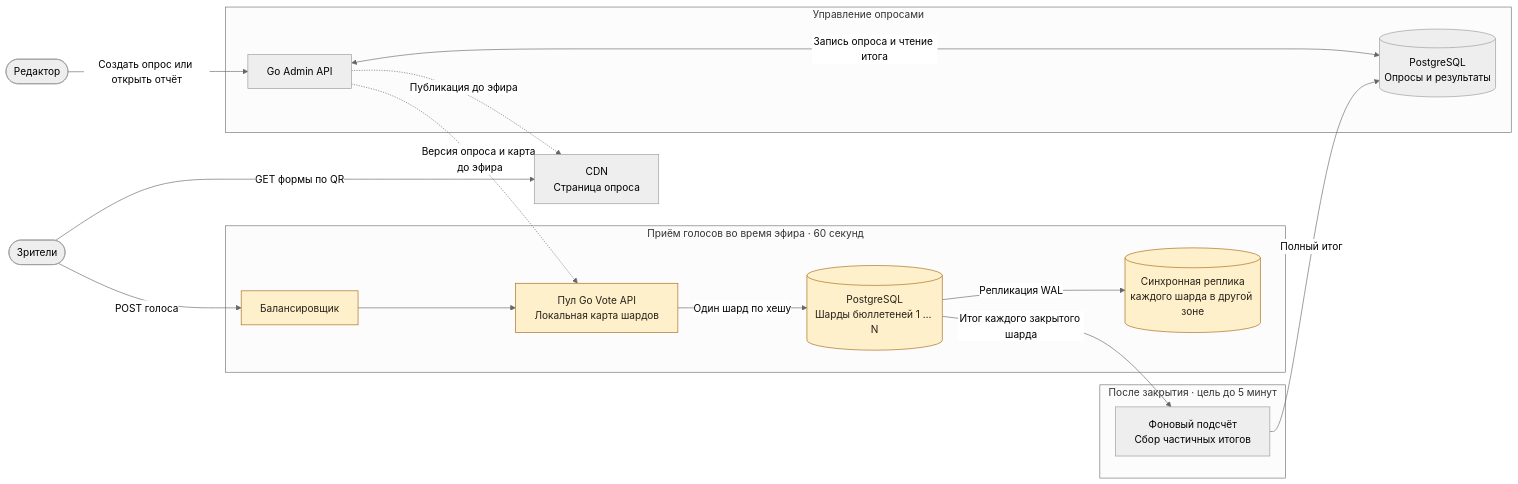
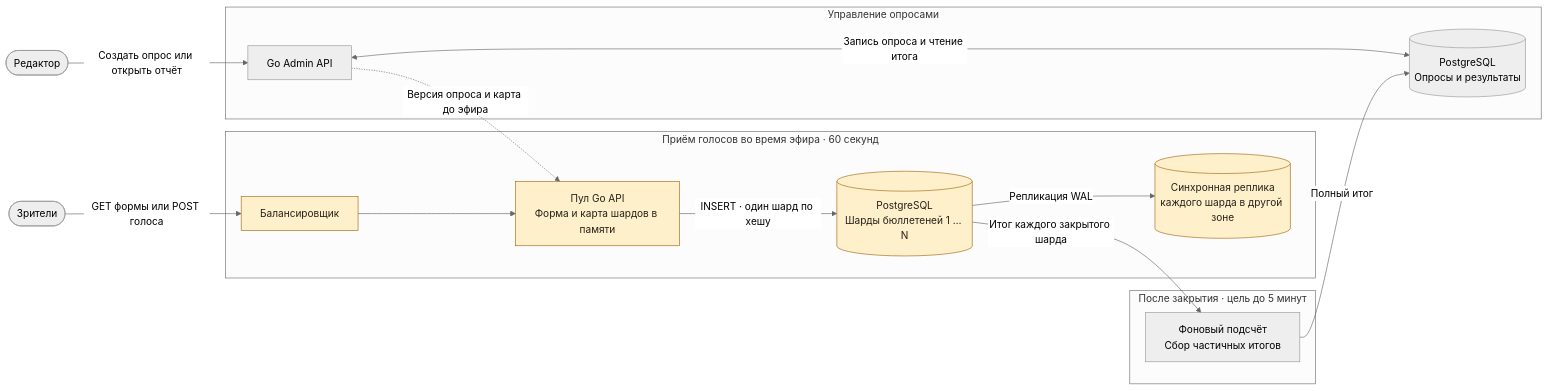
The diagram in DESIGN.md (rococo4/televote), drawn with Mermaid (neutral theme) before and after one commit. The commit also changed other lines of this file and 3 other files, not shown here.

````diff
--- a/DESIGN.md
+++ b/DESIGN.md
@@ -40,37 +40,34 @@
 ```mermaid
 flowchart LR
     viewer(["Зрители"])
     editor(["Редактор"])
-    cdn["CDN<br/>Страница опроса"]
 
     subgraph live["Приём голосов во время эфира · 60 секунд"]
         lb["Балансировщик"]
-        api["Пул Go Vote API<br/>Локальная карта шардов"]
+        api["Пул Go API<br/>Форма и карта шардов в памяти"]
         ballots[("PostgreSQL<br/>Шарды бюллетеней 1 … N")]
         replicas[("Синхронная реплика<br/>каждого шарда в другой зоне")]
         lb --> api
-        api -->|"Один шард по хешу"| ballots
+        api -->|"INSERT · один шард по хешу"| ballots
         ballots -->|"Репликация WAL"| replicas
     end
 
     subgraph count["После закрытия · цель до 5 минут"]
         tally["Фоновый подсчёт<br/>Сбор частичных итогов"]
     end
 
     subgraph management["Управление опросами"]
         admin["Go Admin API"]
         results[("PostgreSQL<br/>Опросы и результаты")]
         admin <-->|"Запись опроса и чтение итога"| results
     end
 
-    viewer -->|"GET формы по QR"| cdn
-    viewer -->|"POST голоса"| lb
+    viewer -->|"GET формы или POST голоса"| lb
     editor -->|"Создать опрос или открыть отчёт"| admin
-    admin -.->|"Публикация до эфира"| cdn
     admin -.->|"Версия опроса и карта до эфира"| api
     ballots -->|"Итог каждого закрытого шарда"| tally
     tally -->|"Полный итог"| results
 
     classDef writePath fill:#fff0cc,stroke:#a36613,color:#262017
     class lb,api,ballots,replicas writePath
 ```
````
